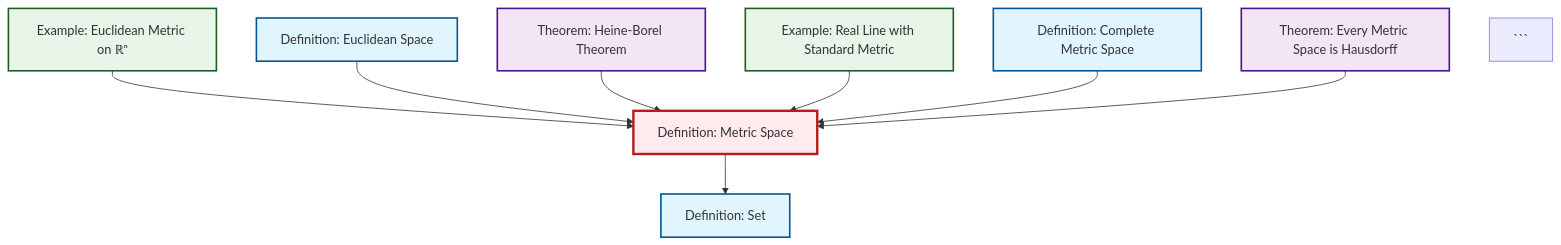
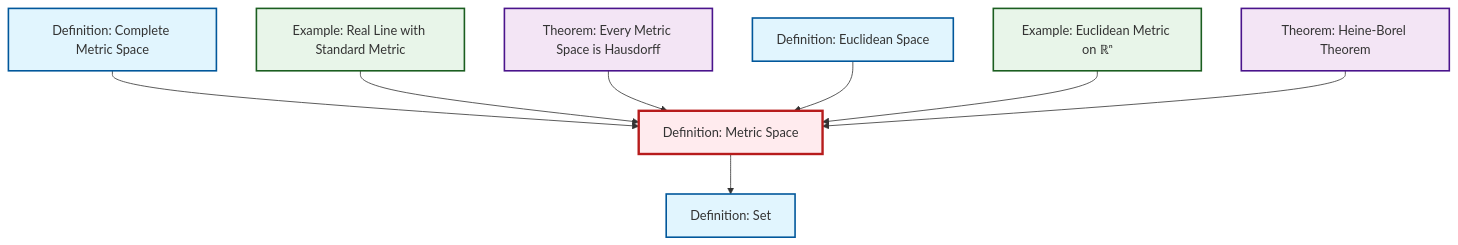
The diagram in output/mermaid/def-metric-space.mermaid (RK0429/ModernMath), drawn with Mermaid before and after one commit. The commit also changed 316 other files, not shown here.

````diff
--- a/output/mermaid/def-metric-space.mermaid
+++ b/output/mermaid/def-metric-space.mermaid
@@ -1,24 +1,23 @@
 %%| fig-cap: "Local dependency graph"
 graph TD
     classDef definition fill:#e1f5fe,stroke:#01579b,stroke-width:2px
     classDef theorem fill:#f3e5f5,stroke:#4a148c,stroke-width:2px
     classDef axiom fill:#fff3e0,stroke:#e65100,stroke-width:2px
     classDef example fill:#e8f5e9,stroke:#1b5e20,stroke-width:2px
     classDef current fill:#ffebee,stroke:#b71c1c,stroke-width:3px
+    thm-heine-borel["Theorem: Heine-Borel Theorem"]:::theorem
+    def-set["Definition: Set"]:::definition
+    def-metric-space["Definition: Metric Space"]:::definition
+    ex-real-line-metric["Example: Real Line with Standard Metric"]:::example
+    def-euclidean-space["Definition: Euclidean Space"]:::definition
+    thm-metric-hausdorff["Theorem: Every Metric Space is Hausdorff"]:::theorem
     ex-euclidean-metric["Example: Euclidean Metric on ℝⁿ"]:::example
-    def-set["Definition: Set"]:::definition
-    thm-metric-hausdorff["Theorem: Every Metric Space is Hausdorff"]:::theorem
-    thm-heine-borel["Theorem: Heine-Borel Theorem"]:::theorem
-    def-metric-space["Definition: Metric Space"]:::definition
     def-complete-metric-space["Definition: Complete Metric Space"]:::definition
-    def-euclidean-space["Definition: Euclidean Space"]:::definition
-    ex-real-line-metric["Example: Real Line with Standard Metric"]:::example
+    def-metric-space --> def-set
+    def-complete-metric-space --> def-metric-space
+    ex-real-line-metric --> def-metric-space
+    thm-metric-hausdorff --> def-metric-space
+    def-euclidean-space --> def-metric-space
     ex-euclidean-metric --> def-metric-space
-    def-metric-space --> def-set
-    def-euclidean-space --> def-metric-space
     thm-heine-borel --> def-metric-space
-    ex-real-line-metric --> def-metric-space
-    def-complete-metric-space --> def-metric-space
-    thm-metric-hausdorff --> def-metric-space
     class def-metric-space current
-```
````
